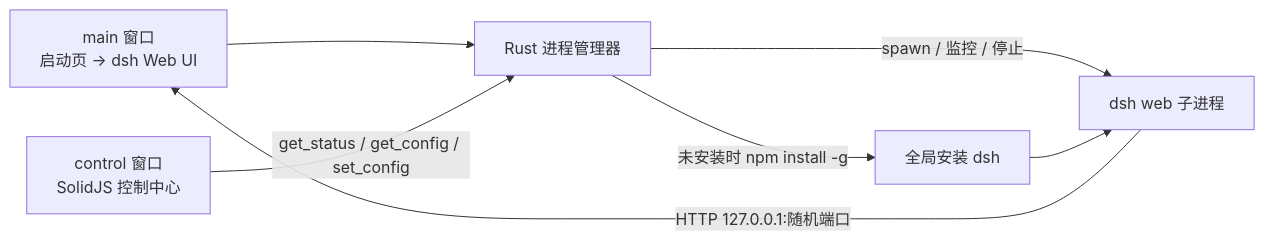
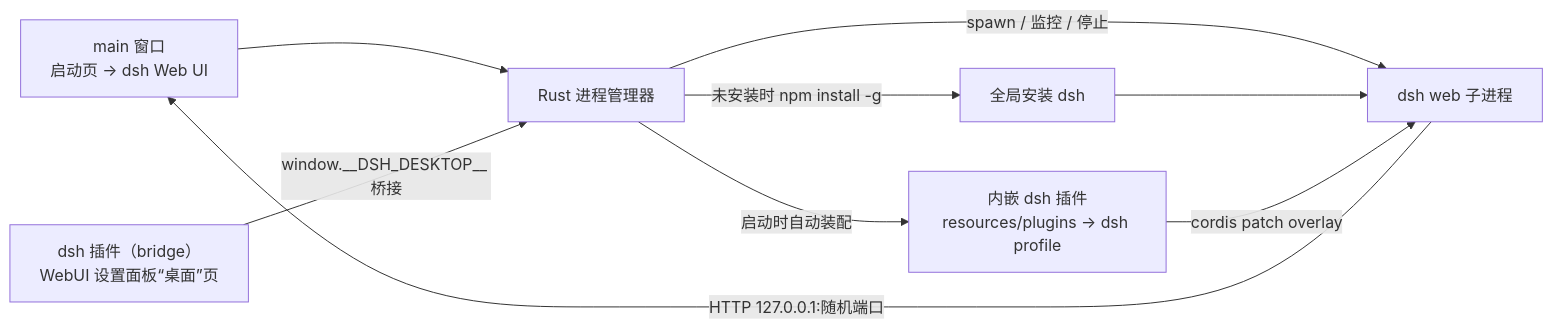
Before and after one commit to NoelOrin/dsh-desktop: the diagram in README.md, drawn with Mermaid. The commit also changed other lines of this file and 25 other files, not shown here.

````diff
--- a/README.md
+++ b/README.md
@@ -30,9 +36,11 @@
 ```mermaid
 flowchart LR
   A[main 窗口<br/>启动页 → dsh Web UI] --> B[Rust 进程管理器]
   B -->|spawn / 监控 / 停止| C[dsh web 子进程]
   C -->|HTTP 127.0.0.1:随机端口| A
   B -->|未安装时 npm install -g| D[全局安装 dsh]
   D --> C
-  E[control 窗口<br/>SolidJS 控制中心] -->|get_status / get_config / set_config| B
+  E[dsh 插件（bridge）<br/>WebUI 设置面板“桌面”页] -->|window.__DSH_DESKTOP__ 桥接| B
+  B -->|启动时自动装配| F[内嵌 dsh 插件<br/>resources/plugins → dsh profile]
+  F -->|cordis patch overlay| C
 ```
````
